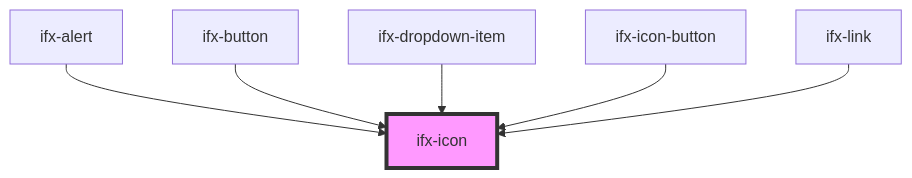
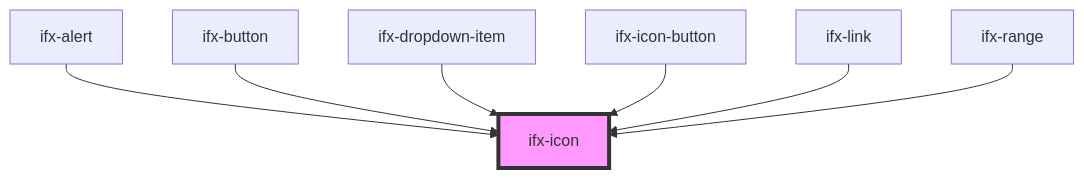
One commit to Infineon/infineon-design-system-stencil changed the diagram in src/components/icon/readme.md. Above: the diagram before and after it, drawn with Mermaid. The commit also changed other lines of this file and 3 other files, not shown here.

````diff
--- a/src/components/icon/readme.md
+++ b/src/components/icon/readme.md
@@ -27,9 +28,10 @@
 ```mermaid
 graph TD;
   ifx-alert --> ifx-icon
   ifx-button --> ifx-icon
   ifx-dropdown-item --> ifx-icon
   ifx-icon-button --> ifx-icon
   ifx-link --> ifx-icon
+  ifx-range --> ifx-icon
   style ifx-icon fill:#f9f,stroke:#333,stroke-width:4px
 ```
````
